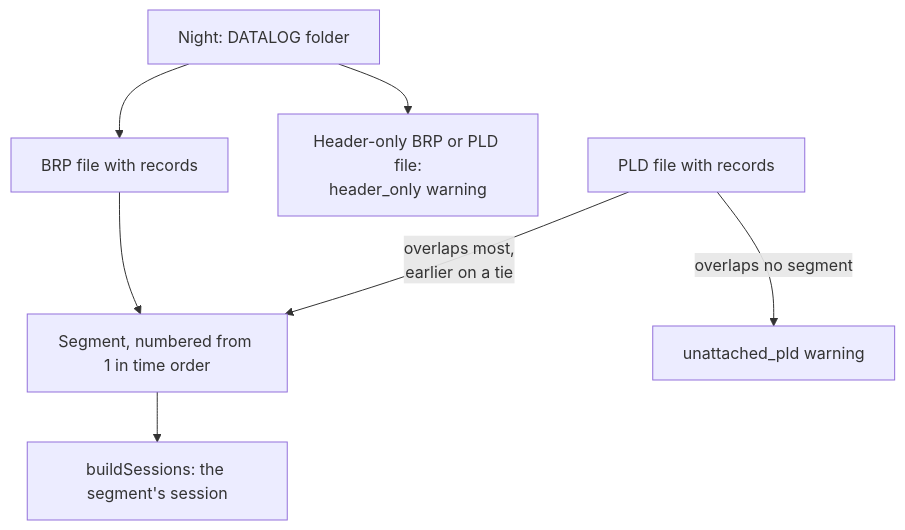
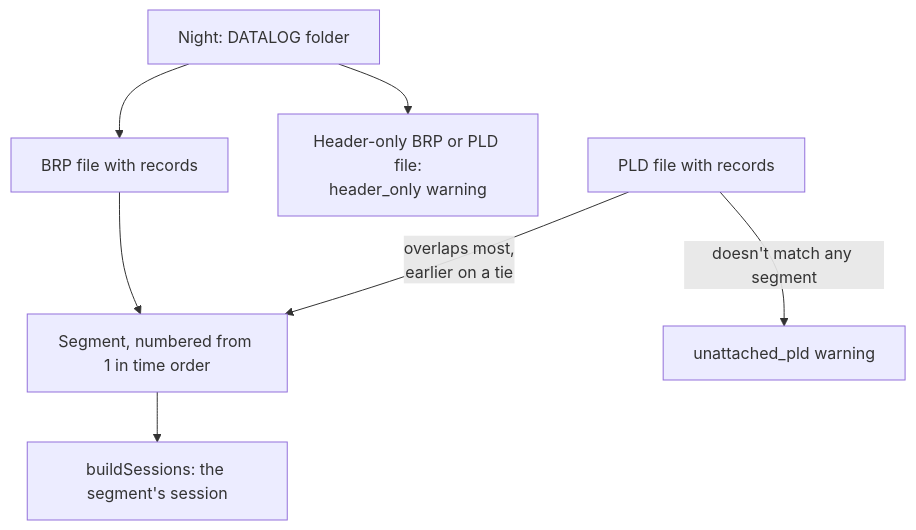
Before and after one commit to bojanrajkovic/airway: the third of 3 diagrams in docs/ingest.md, drawn with Mermaid. The commit also changed other lines of this file and 5 other files, not shown here.

````diff
--- a/docs/ingest.md
+++ b/docs/ingest.md
@@ -123,9 +123,9 @@
 ```mermaid
 flowchart TD
   night["Night: DATALOG folder"] --> brp["BRP file with records"]
   night --> skip["Header-only BRP or PLD file:<br/>header_only warning"]
   brp --> segment["Segment, numbered from 1 in time order"]
   pld["PLD file with records"] -->|"overlaps most,<br/>earlier on a tie"| segment
-  pld -->|"overlaps no segment"| loose["unattached_pld warning"]
+  pld -->|"doesn't match any segment"| loose["unattached_pld warning"]
   segment --> sessions["buildSessions: the segment's session"]
 ```
````
